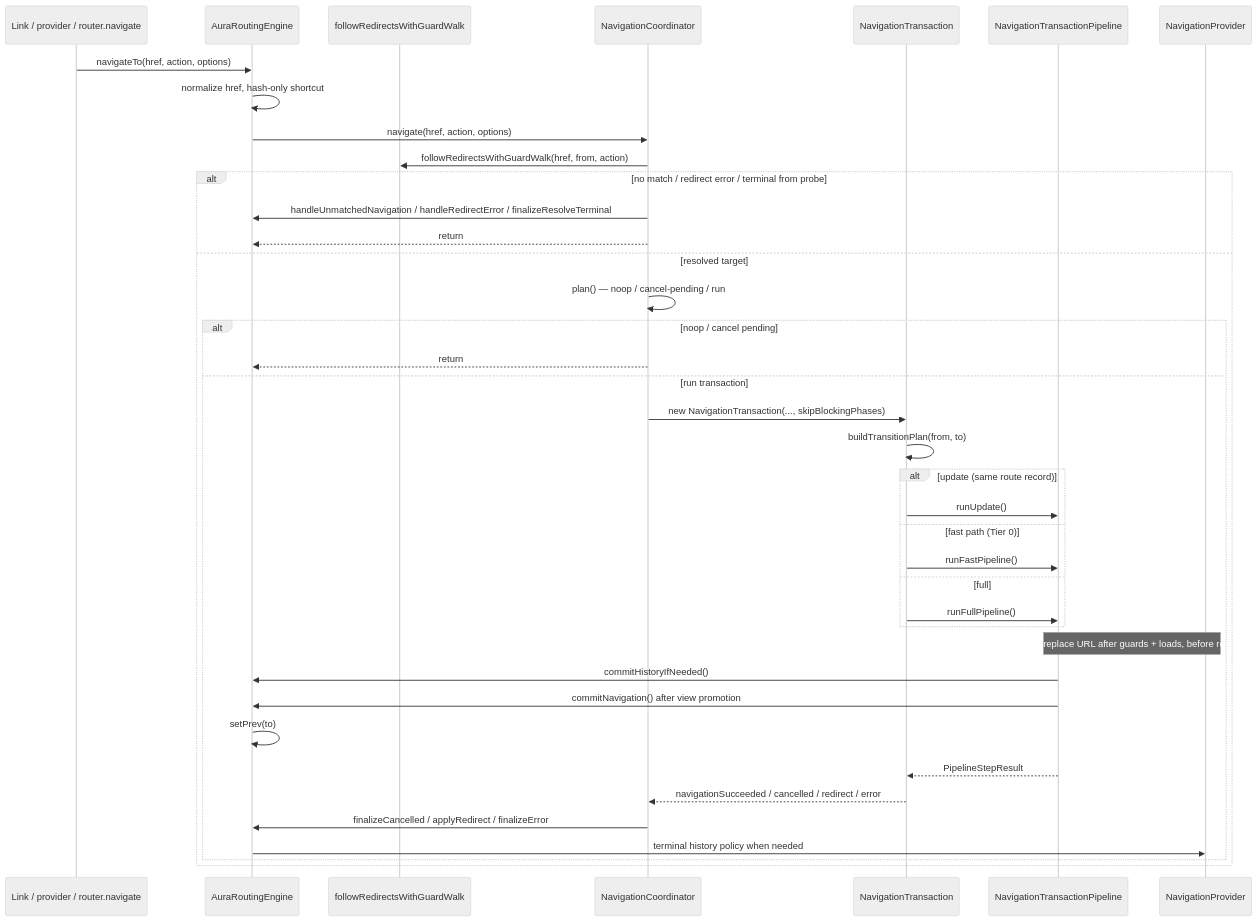
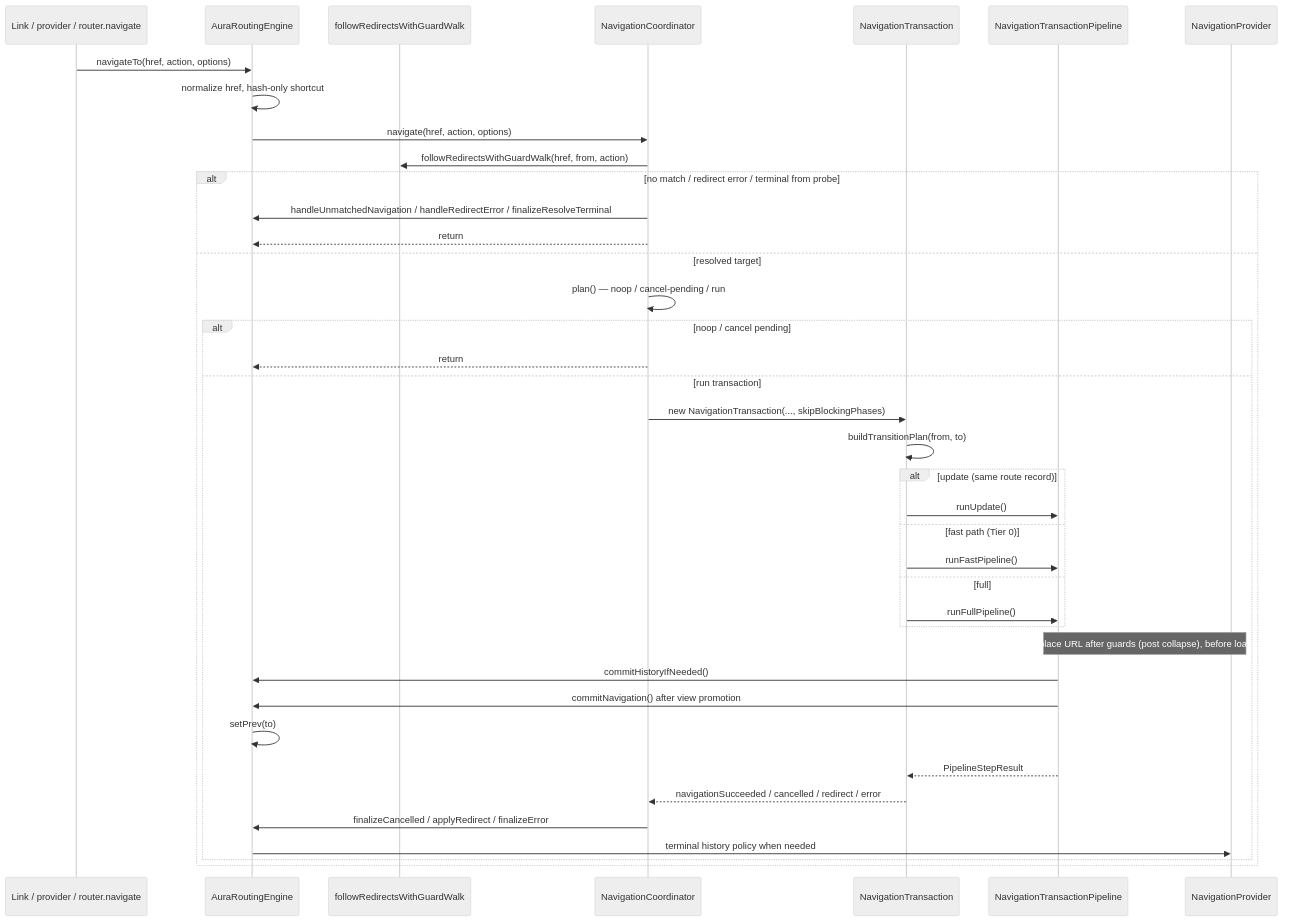
One commit to aura-ui/router changed the diagram in src/modules/aura-routing-engine/core/ARCHITECTURE.md. Above: the diagram before and after it, drawn with Mermaid (neutral theme). The commit also changed other lines of this file and 13 other files, not shown here.

Commit message:
refactor: make optimistic history commit, before load phase

````diff
--- a/src/modules/aura-routing-engine/core/ARCHITECTURE.md
+++ b/src/modules/aura-routing-engine/core/ARCHITECTURE.md
@@ -31,42 +31,42 @@
 ```mermaid
 sequenceDiagram
   participant Source as Link / provider / router.navigate
   participant Engine as AuraRoutingEngine
   participant Redirect as followRedirectsWithGuardWalk
   participant Coord as NavigationCoordinator
   participant Tx as NavigationTransaction
   participant Pipeline as NavigationTransactionPipeline
   participant History as NavigationProvider
 
   Source->>Engine: navigateTo(href, action, options)
   Engine->>Engine: normalize href, hash-only shortcut
   Engine->>Coord: navigate(href, action, options)
   Coord->>Redirect: followRedirectsWithGuardWalk(href, from, action)
   alt no match / redirect error / terminal from probe
     Coord->>Engine: handleUnmatchedNavigation / handleRedirectError / finalizeResolveTerminal
     Coord-->>Engine: return
   else resolved target
     Coord->>Coord: plan() — noop / cancel-pending / run
     alt noop / cancel pending
       Coord-->>Engine: return
     else run transaction
       Coord->>Tx: new NavigationTransaction(..., skipBlockingPhases)
       Tx->>Tx: buildTransitionPlan(from, to)
       alt update (same route record)
         Tx->>Pipeline: runUpdate()
       else fast path (Tier 0)
         Tx->>Pipeline: runFastPipeline()
       else full
         Tx->>Pipeline: runFullPipeline()
       end
-      Note over Pipeline,History: push/replace URL after guards + loads, before render
+      Note over Pipeline,History: push/replace URL after guards (post collapse), before load/render
       Pipeline->>Engine: commitHistoryIfNeeded()
       Pipeline->>Engine: commitNavigation() after view promotion
       Engine->>Engine: setPrev(to)
       Pipeline-->>Tx: PipelineStepResult
       Tx-->>Coord: navigationSucceeded / cancelled / redirect / error
       Coord->>Engine: finalizeCancelled / applyRedirect / finalizeError
       Engine->>History: terminal history policy when needed
     end
   end
 ```
````
